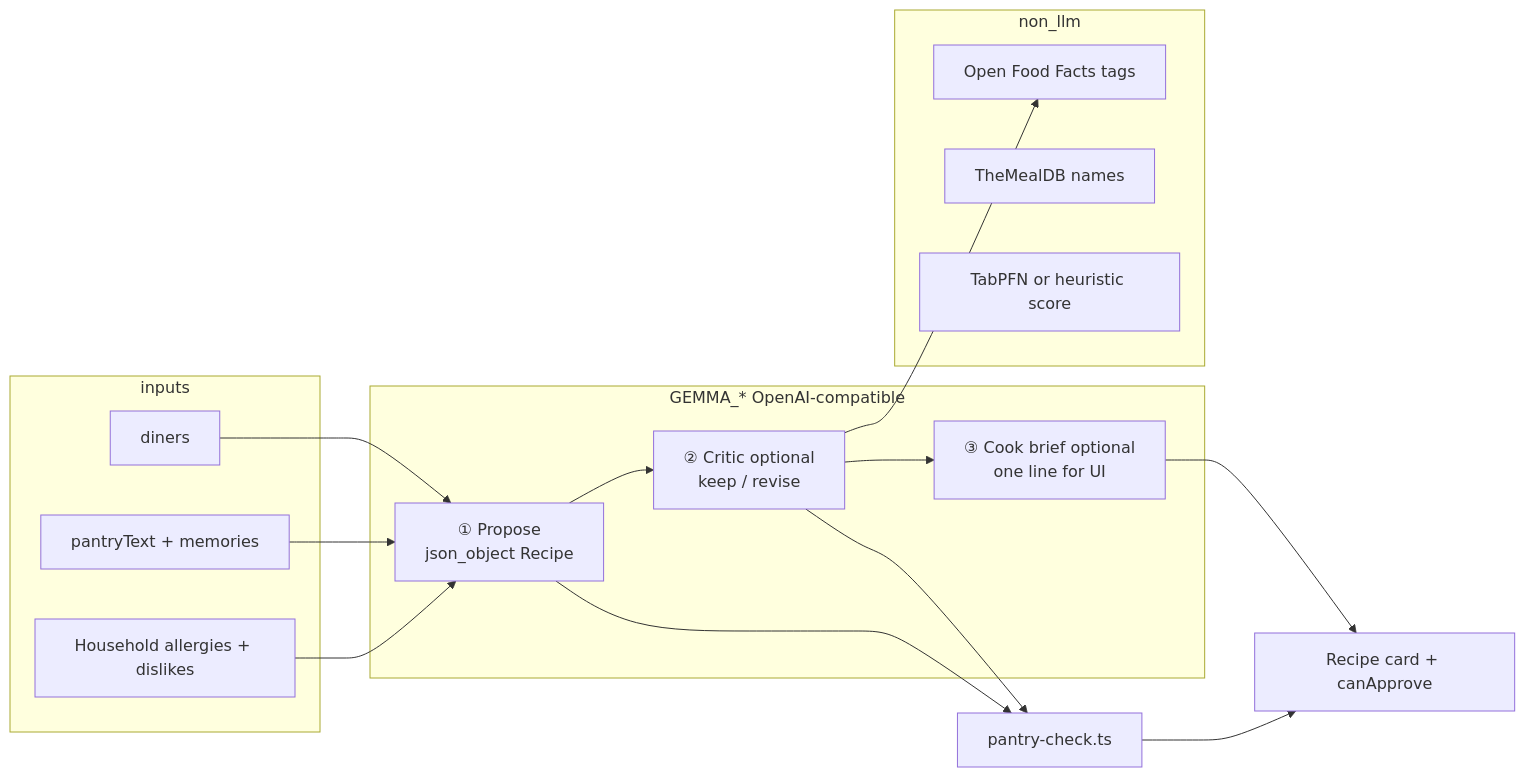
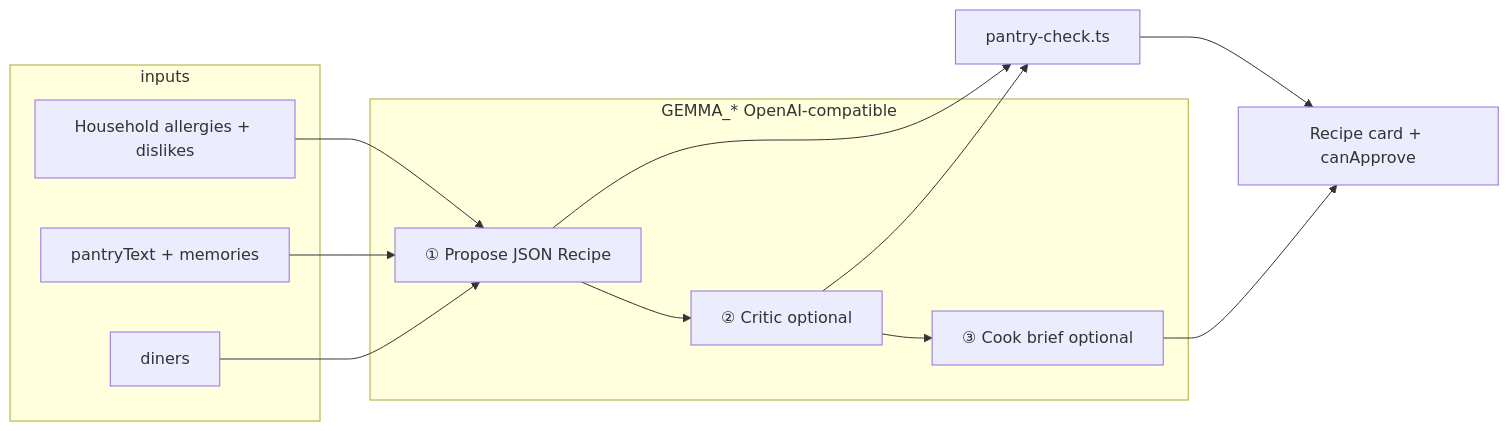
The fourth of 6 diagrams in README.md (smriad/house-pot), drawn with Mermaid before and after one commit. The commit also changed other lines of this file and 1 other file, not shown here.

````diff
--- a/README.md
+++ b/README.md
@@ -178,28 +292,22 @@
 ```mermaid
 flowchart LR
   subgraph inputs
     H[Household allergies + dislikes]
     Pantry[pantryText + memories]
     D[diners]
   end
   subgraph gemma_stack["GEMMA_* OpenAI-compatible"]
-    A["① Propose<br/>json_object Recipe"]
-    B["② Critic optional<br/>keep / revise"]
-    C["③ Cook brief optional<br/>one line for UI"]
-  end
-  subgraph non_llm
-    OFF2[Open Food Facts tags]
-    TMDB2[TheMealDB names]
-    TAB[TabPFN or heuristic score]
+    A["① Propose JSON Recipe"]
+    B["② Critic optional"]
+    C["③ Cook brief optional"]
   end
   H --> A
   Pantry --> A
   D --> A
   A --> B
-  B --> OFF2
   A --> P2[pantry-check.ts]
   B --> P2
   P2 --> Card[Recipe card + canApprove]
   B --> C
   C --> Card
 ```
````
